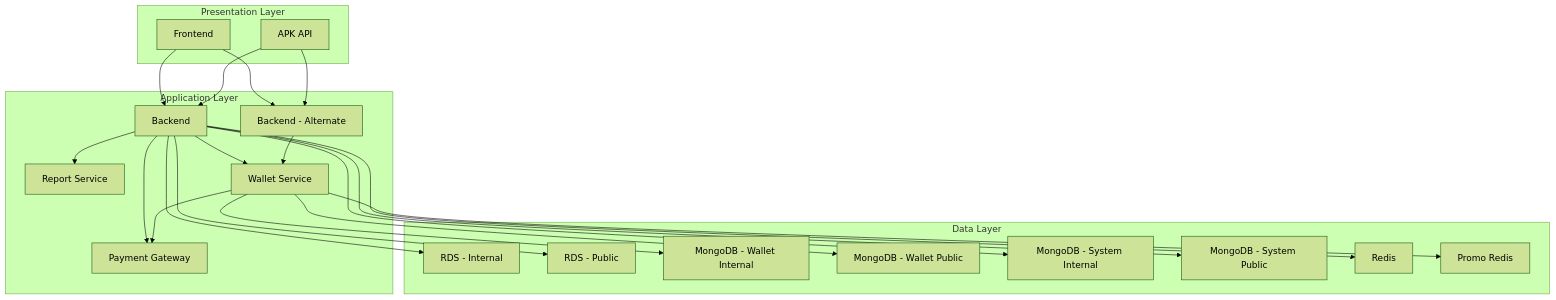
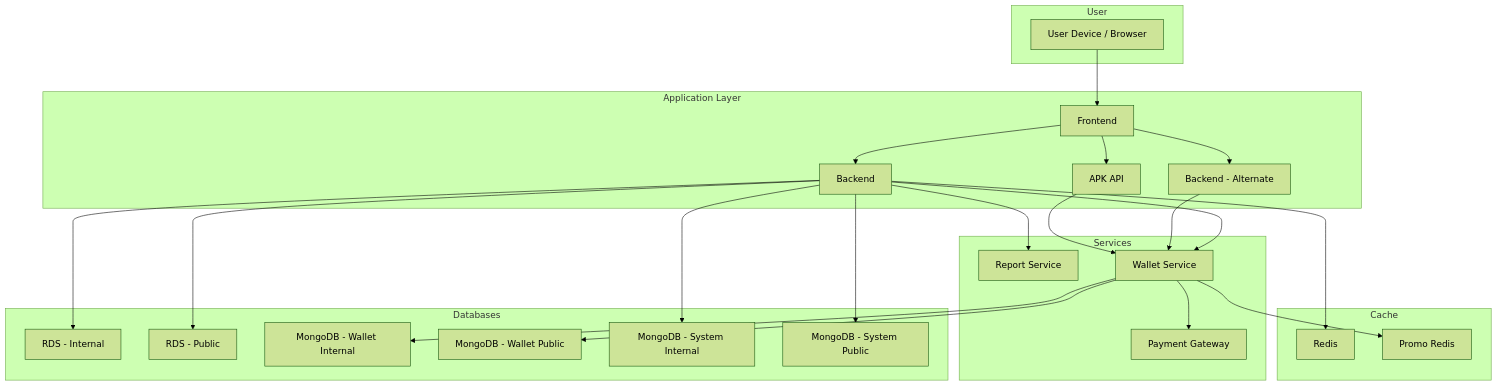
One commit to aswathparves/arch changed the diagram in README.md. Above: the diagram before and after it, drawn with Mermaid (forest theme).

````diff
--- a/README.md
+++ b/README.md
@@ -2,48 +2,54 @@
 ```mermaid
 graph TD
-  %% Presentation Layer
-  subgraph Presentation Layer
+
+  subgraph User
+    U1[User Device / Browser]
+  end
+
+  subgraph Application Layer
     FE[Frontend]
+    BE[Backend]
+    BEA[Backend - Alternate]
     APK[APK API]
   end
 
-  %% Application Layer
-  subgraph Application Layer
-    BE[Backend]
-    BEA[Backend - Alternate]
+  subgraph Services
     REP[Report Service]
     WAL[Wallet Service]
     PAY[Payment Gateway]
   end
 
-  %% Data Layer
-  subgraph Data Layer
+  subgraph Databases
     RDSI[RDS - Internal]
     RDSP[RDS - Public]
     MWI[MongoDB - Wallet Internal]
     MWP[MongoDB - Wallet Public]
     MSI[MongoDB - System Internal]
     MSP[MongoDB - System Public]
+  end
+
+  subgraph Cache
     RED[Redis]
     PRED[Promo Redis]
   end
 
-  %% Flow
+  %% Connections
+  U1 --> FE
   FE --> BE
   FE --> BEA
-  APK --> BE
-  APK --> BEA
+  FE --> APK
+  BE --> WAL
+  BEA --> WAL
+  APK --> WAL
+  WAL --> PAY
   BE --> REP
-  BE --> WAL
-  BE --> PAY
-  BEA --> WAL
-  WAL --> PAY
   BE --> RDSI
   BE --> RDSP
   WAL --> MWI
   WAL --> MWP
   BE --> MSI
   BE --> MSP
   BE --> RED
   WAL --> PRED
+
 ```
````
